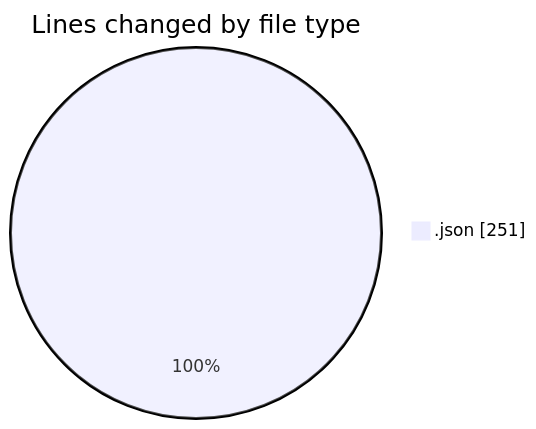
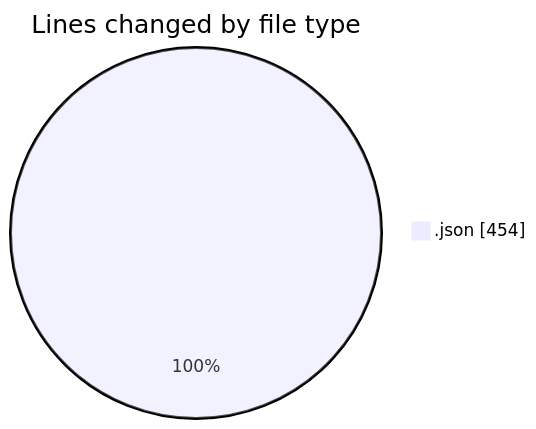
One commit to hasnaa123/code-tracking changed the first of 2 diagrams in 2026-11-11/dsa-java/README.md. Above: the diagram before and after it, drawn with Mermaid. The commit also changed other lines of this file and 1 other file, not shown here.

````diff
--- a/2026-11-11/dsa-java/README.md
+++ b/2026-11-11/dsa-java/README.md
@@ -20,5 +20,5 @@
 ```mermaid
 pie showData
 title Lines changed by file type
-".json" : 251
+".json" : 454
 ```
````
